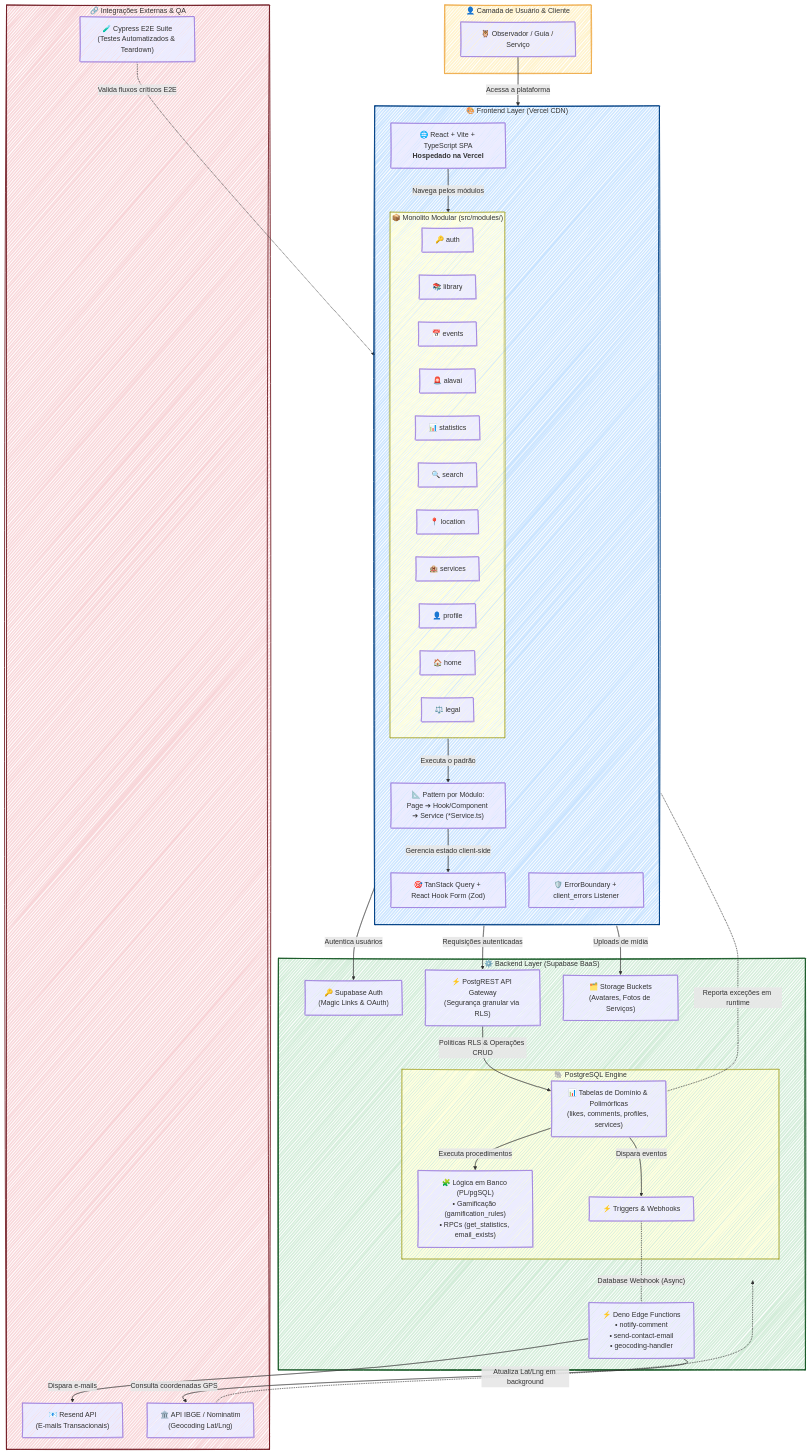
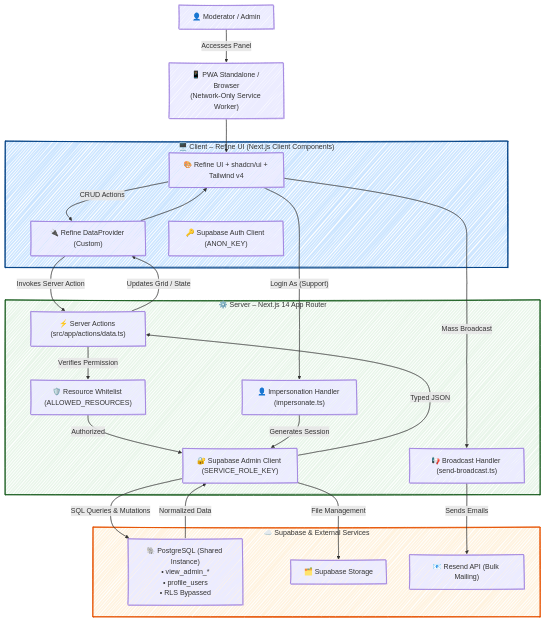
One commit to lfrichter/ask-richter changed diagram 20 of 27 in apps/backend/src/knowledge-base/Projects-Consolidated.md. Above: the diagram before and after it, drawn with Mermaid. The commit also changed other lines of this file and 1 other file, not shown here.

````diff
--- a/apps/backend/src/knowledge-base/Projects-Consolidated.md
+++ b/apps/backend/src/knowledge-base/Projects-Consolidated.md
@@ -2094,79 +2159,66 @@
 ---
 flowchart TD
 
-    %% === Usuário ===
-    subgraph Client["👤 Camada de Usuário & Cliente"]
-        U["🦉 Observador / Guia / Serviço"]
+    %% =========================
+    %% Actors
+    %% =========================
+    AdminNode["👤 Moderator / Admin"]
+    PWA_ENV["📱 PWA Standalone / Browser<br>(Network-Only Service Worker)"]
+
+    %% =========================
+    %% Client
+    %% =========================
+    subgraph ClientSide["🖥️ Client – Refine UI (Next.js Client Components)"]
+        UI["🎨 Refine UI + shadcn/ui + Tailwind v4"]
+        DATA_PROV["🔌 Refine DataProvider (Custom)"]
+        AUTH_CLI["🔑 Supabase Auth Client (ANON_KEY)"]
     end
-    style Client fill:#fff3cd,stroke:#f0ad4e,stroke-width:2px
+    style ClientSide fill:#cce5ff,stroke:#004085,stroke-width:2px
 
-    %% === Frontend Modular ===
-    subgraph Frontend["🎨 Frontend Layer (Vercel CDN)"]
-        direction TB
-        SPA["🌐 React + Vite + TypeScript SPA<br><b>Hospedado na Vercel</b>"]
-        
-        subgraph Modules["📦 Monolito Modular (src/modules/)"]
-            M1["🔑 auth"]
-            M2["📚 library"]
-            M3["📅 events"]
-            M4["🚨 alavai"]
-            M5["📊 statistics"]
-            M6["🔍 search"]
-            M7["📍 location"]
-            M8["🏨 services"]
-            M9["👤 profile"]
-            M10["🏠 home"]
-            M11["⚖️ legal"]
-        end
-        
-        PATTERN["📐 Pattern por Módulo:<br>Page ➔ Hook/Component ➔ Service (*Service.ts)"]
-        UI_STATE["🎯 TanStack Query + React Hook Form (Zod)"]
-        LINT["🛡️ ErrorBoundary + client_errors Listener"]
+    %% =========================
+    %% Server
+    %% =========================
+    subgraph ServerSide["⚙️ Server – Next.js 14 App Router"]
+        ACTIONS["⚡ Server Actions (src/app/actions/data.ts)"]
+        WHITELIST["🛡️ Resource Whitelist (ALLOWED_RESOURCES)"]
+        IMPERSONATE["👤 Impersonation Handler (impersonate.ts)"]
+        BROADCAST["📢 Broadcast Handler (send-broadcast.ts)"]
+        SUPA_ADMIN["🔐 Supabase Admin Client (SERVICE_ROLE_KEY)"]
     end
-    style Frontend fill:#cce5ff,stroke:#004085,stroke-width:2px
+    style ServerSide fill:#e8f5e9,stroke:#1b5e20,stroke-width:2px
 
-    %% === Backend & Supabase ===
-    subgraph Backend["⚙️ Backend Layer (Supabase BaaS)"]
-        AUTH["🔑 Supabase Auth<br>(Magic Links & OAuth)"]
-        API["⚡ PostgREST API Gateway<br>(Segurança granular via RLS)"]
-        
-        subgraph DB["🐘 PostgreSQL Engine"]
-            TABLES["📊 Tabelas de Domínio & Polimórficas<br>(likes, comments, profiles, services)"]
-            PLPGSQL["🧩 Lógica em Banco (PL/pgSQL)<br>• Gamificação (gamification_rules)<br>• RPCs (get_statistics, email_exists)"]
-            TRIGGERS["⚡ Triggers & Webhooks"]
-        end
-        
-        STORAGE["🗂️ Storage Buckets<br>(Avatares, Fotos de Serviços)"]
-        EDGE["⚡ Deno Edge Functions<br>• notify-comment<br>• send-contact-email<br>• geocoding-handler"]
+    %% =========================
+    %% Infra & DB
+    %% =========================
+    subgraph Infra["☁️ Supabase & External Services"]
+        POSTGRES["🐘 PostgreSQL (Shared Instance)<br>• view_admin_*<br>• profile_users<br>• RLS Bypassed"]
+        STORAGE["🗂️ Supabase Storage"]
+        RESEND_API["📧 Resend API (Bulk Mailing)"]
     end
-    style Backend fill:#d4edda,stroke:#155724,stroke-width:2px
+    style Infra fill:#fff3e0,stroke:#e65100,stroke-width:2px
 
-    %% === Serviços Externos & Testes ===
-    subgraph Integrations["🔗 Integrações Externas & QA"]
-        RESEND["📧 Resend API<br>(E-mails Transacionais)"]
-        IBGE["🏛️ API IBGE / Nominatim<br>(Geocoding Lat/Lng)"]
-        CYPRESS["🧪 Cypress E2E Suite<br>(Testes Automatizados & Teardown)"]
-    end
-    style Integrations fill:#f8d7da,stroke:#721c24,stroke-width:2px
+    %% =========================
+    %% Flows
+    %% =========================
+    AdminNode -->|"Accesses Panel"| PWA_ENV
+    PWA_ENV --> UI
+    UI -->|"CRUD Actions"| DATA_PROV
+    DATA_PROV -->|"Invokes Server Action"| ACTIONS
 
-    %% === Fluxos e Conexões ===
-    U -->|"Acessa a plataforma"| SPA
-    SPA -->|"Navega pelos módulos"| Modules
-    Modules -->|"Executa o padrão"| PATTERN
-    PATTERN -->|"Gerencia estado client-side"| UI_STATE
-    UI_STATE -->|"Requisições autenticadas"| API
-    UI_STATE -->|"Autentica usuários"| AUTH
-    UI_STATE -->|"Uploads de mídia"| STORAGE
-    
-    API -->|"Políticas RLS & Operações CRUD"| TABLES
-    TABLES -->|"Executa procedimentos"| PLPGSQL
-    TABLES -->|"Dispara eventos"| TRIGGERS
-    
-    TRIGGERS -.-|"Database Webhook (Async)"| EDGE
-    EDGE -->|"Dispara e-mails"| RESEND
-    EDGE -->|"Consulta coordenadas GPS"| IBGE
-    IBGE -.->|"Atualiza Lat/Lng em background"| DB
-    
-    LINT -.-|"Reporta exceções em runtime"| TABLES
-    CYPRESS -.->|"Valida fluxos críticos E2E"| SPA
+    ACTIONS -->|"Verifies Permission"| WHITELIST
+    WHITELIST -->|"Authorized"| SUPA_ADMIN
+
+    UI -->|"Mass Broadcast"| BROADCAST
+    BROADCAST -->|"Sends Emails"| RESEND_API
+
+    UI -->|"Login As (Support)"| IMPERSONATE
+    IMPERSONATE -->|"Generates Session"| SUPA_ADMIN
+
+    SUPA_ADMIN -->|"SQL Queries & Mutations"| POSTGRES
+    SUPA_ADMIN -->|"File Management"| STORAGE
+
+    POSTGRES -->|"Normalized Data"| SUPA_ADMIN
+    SUPA_ADMIN -->|"Typed JSON"| ACTIONS
+    ACTIONS -->|"Updates Grid / State"| DATA_PROV
+    DATA_PROV --> UI
 ```
````
